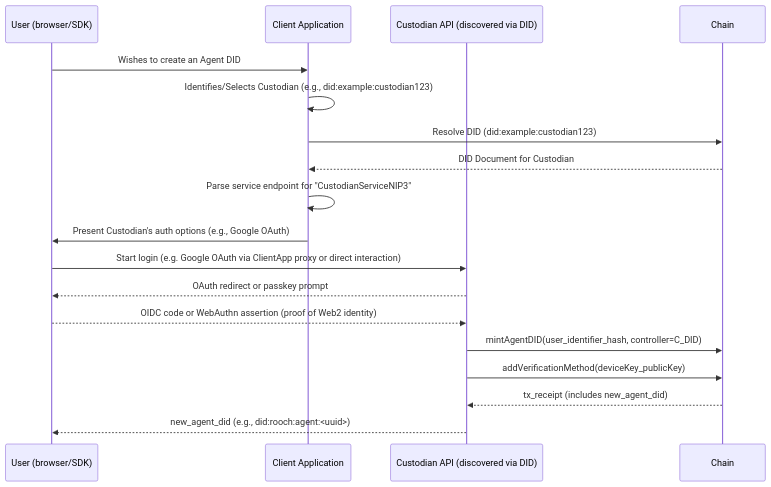
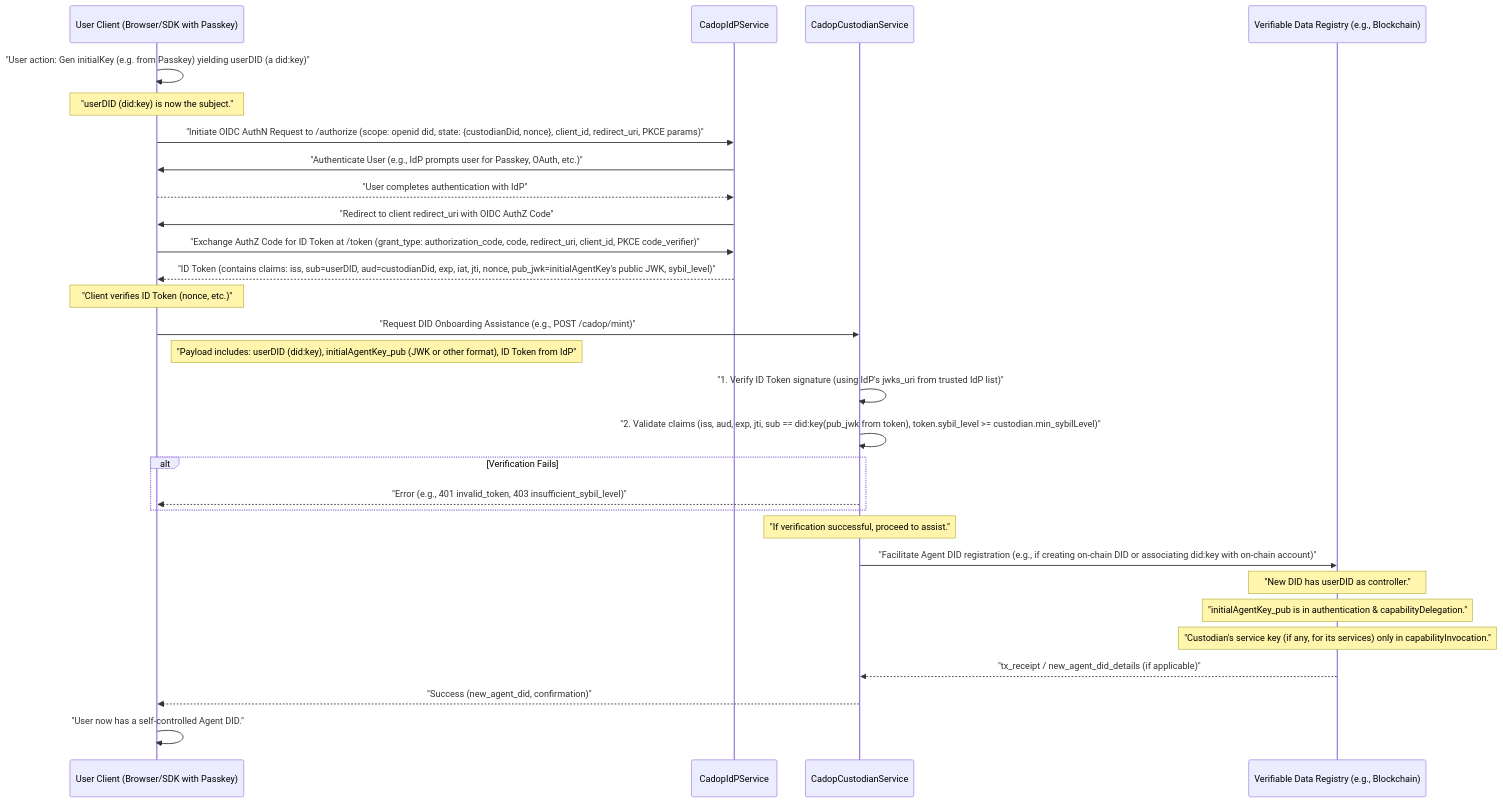
One commit to nuwa-protocol/NIPs changed the diagram in nips/nip-3.md. Above: the diagram before and after it, drawn with Mermaid. The commit also changed other lines of this file and 2 other files, not shown here.

First line of the commit message:
Refactor nip 3 (#12)

````diff
--- a/nips/nip-3.md
+++ b/nips/nip-3.md
@@ -87,21 +270,39 @@
 ```mermaid
 sequenceDiagram
-    participant U as User (browser/SDK)
-    participant ClientApp as Client Application
-    participant C as Custodian API (discovered via DID)
-    participant Chain
+    participant UClient as User Client (Browser/SDK with Passkey)
+    participant IdP as CadopIdPService
+    participant Custodian as CadopCustodianService
+    participant Chain as Verifiable Data Registry (e.g., Blockchain)
 
-    U->>ClientApp: Wishes to create an Agent DID
-    ClientApp->>ClientApp: Identifies/Selects Custodian (e.g., did:example:custodian123)
-    ClientApp->>Chain: Resolve DID (did:example:custodian123)
-    Chain-->>ClientApp: DID Document for Custodian
-    ClientApp->>ClientApp: Parse service endpoint for "CustodianServiceNIP3"
-    ClientApp->>U: Present Custodian's auth options (e.g., Google OAuth)
-    U->>C: Start login (e.g. Google OAuth via ClientApp proxy or direct interaction)
-    C-->>U: OAuth redirect or passkey prompt
-    U-->>C: OIDC code or WebAuthn assertion (proof of Web2 identity)
-    C->>Chain: mintAgentDID(user_identifier_hash, controller=C_DID)
-    C->>Chain: addVerificationMethod(deviceKey_publicKey) # deviceKey is generated by U's browser/SDK
-    Chain-->>C: tx_receipt (includes new_agent_did)
-    C-->>U: new_agent_did (e.g., did:rooch:agent:<uuid>)
+    UClient->>UClient: "User action: Gen initialKey (e.g. from Passkey) yielding userDID (a did:key)"
+    Note over UClient: "userDID (did:key) is now the subject."
+
+    UClient->>IdP: "Initiate OIDC AuthN Request to /authorize (scope: openid did, state: {custodianDid, nonce}, client_id, redirect_uri, PKCE params)"
+    IdP->>UClient: "Authenticate User (e.g., IdP prompts user for Passkey, OAuth, etc.)"
+    UClient-->>IdP: "User completes authentication with IdP"
+    IdP->>UClient: "Redirect to client redirect_uri with OIDC AuthZ Code"
+
+    UClient->>IdP: "Exchange AuthZ Code for ID Token at /token (grant_type: authorization_code, code, redirect_uri, client_id, PKCE code_verifier)"
+    IdP-->>UClient: "ID Token (contains claims: iss, sub=userDID, aud=custodianDid, exp, iat, jti, nonce, pub_jwk=initialAgentKey's public JWK, sybil_level)"
+    Note over UClient: "Client verifies ID Token (nonce, etc.)"
+
+    UClient->>Custodian: "Request DID Onboarding Assistance (e.g., POST /cadop/mint)"
+    Note right of UClient: "Payload includes: userDID (did:key), initialAgentKey_pub (JWK or other format), ID Token from IdP"
+    
+    Custodian->>Custodian: "1. Verify ID Token signature (using IdP's jwks_uri from trusted IdP list)"
+    Custodian->>Custodian: "2. Validate claims (iss, aud, exp, jti, sub == did:key(pub_jwk from token), token.sybil_level >= custodian.min_sybilLevel)"
+    alt Verification Fails
+        Custodian-->>UClient: "Error (e.g., 401 invalid_token, 403 insufficient_sybil_level)"
+    end
+    
+    Note over Custodian: "If verification successful, proceed to assist."
+    Custodian->>Chain: "Facilitate Agent DID registration (e.g., if creating on-chain DID or associating did:key with on-chain account)"
+    Note over Chain: "New DID has userDID as controller."
+    Note over Chain: "initialAgentKey_pub is in authentication & capabilityDelegation."
+    Note over Chain: "Custodian's service key (if any, for its services) only in capabilityInvocation."
+    Chain-->>Custodian: "tx_receipt / new_agent_did_details (if applicable)"
+    
+    Custodian-->>UClient: "Success (new_agent_did, confirmation)"
+    UClient->>UClient: "User now has a self-controlled Agent DID."
+
 ```
````
